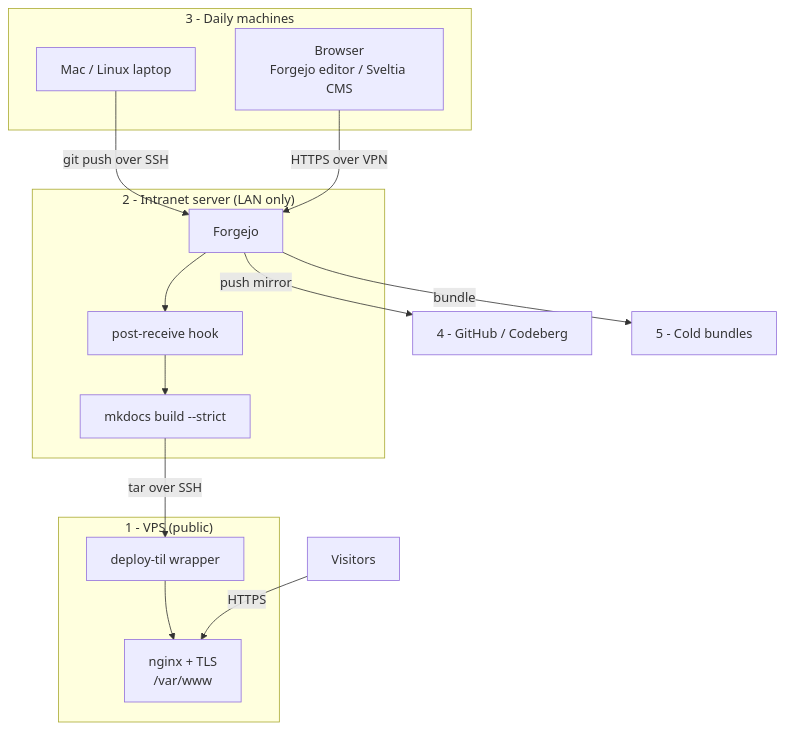
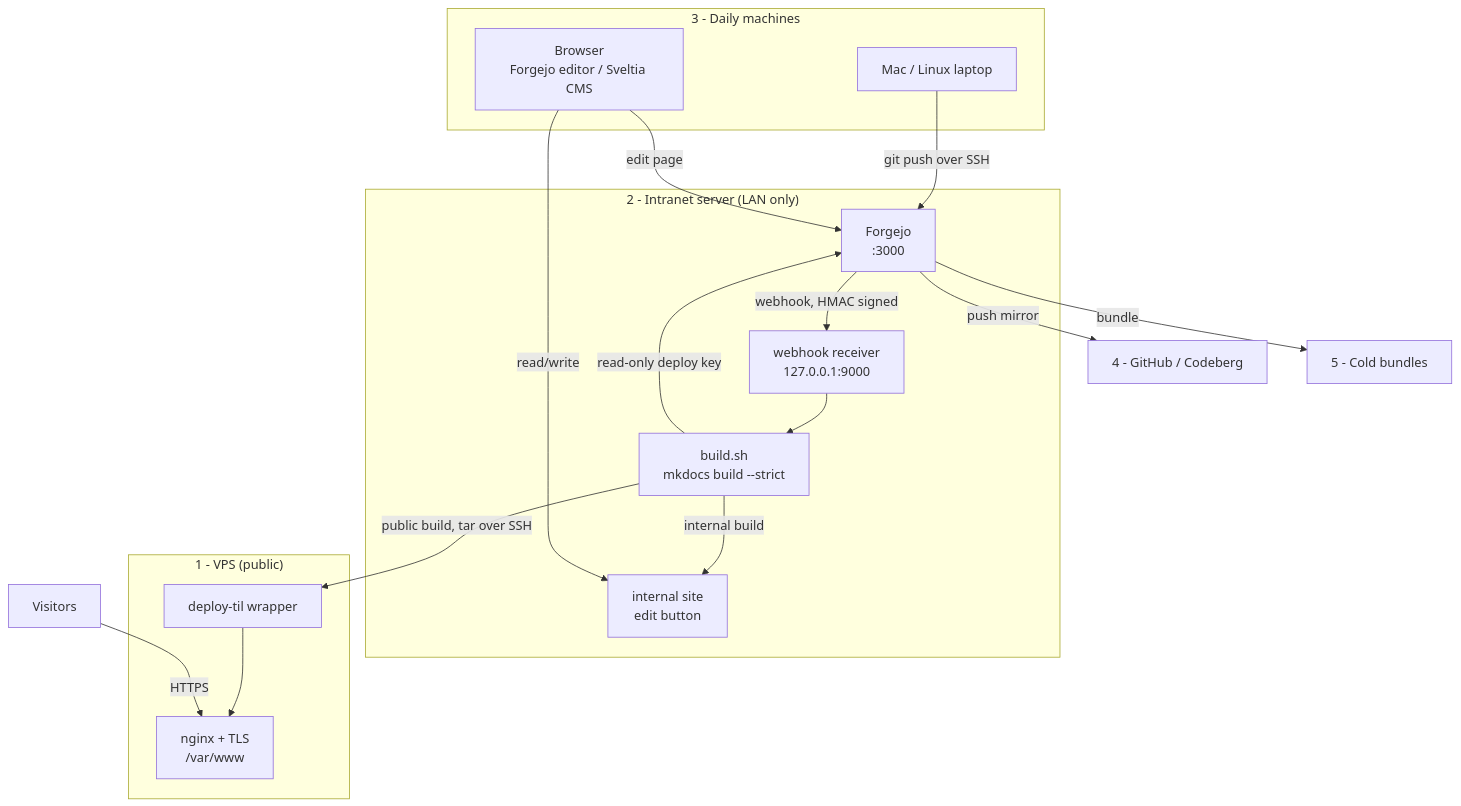
The diagram in docs/content/linux-infra/til_website_setup.md (asarangaram/docs.anandas.in), drawn with Mermaid before and after one commit. The commit also changed other lines of this file and 3 other files, not shown here.

````diff
--- a/docs/content/linux-infra/til_website_setup.md
+++ b/docs/content/linux-infra/til_website_setup.md
@@ -26,30 +26,35 @@
 ```mermaid
 graph TB
     subgraph daily["3 - Daily machines"]
         laptop["Mac / Linux laptop"]
         browser["Browser<br/>Forgejo editor / Sveltia CMS"]
     end
 
     subgraph lan["2 - Intranet server (LAN only)"]
-        forgejo["Forgejo"]
-        hook["post-receive hook"]
-        build["mkdocs build --strict"]
+        forgejo["Forgejo<br/>:3000"]
+        recv["webhook receiver<br/>127.0.0.1:9000"]
+        build["build.sh<br/>mkdocs build --strict"]
+        intsite["internal site<br/>edit button"]
     end
 
     subgraph vps["1 - VPS (public)"]
         deploysh["deploy-til wrapper"]
         web["nginx + TLS<br/>/var/www"]
     end
 
     remote["4 - GitHub / Codeberg"]
     cold["5 - Cold bundles"]
     visitor["Visitors"]
 
     laptop -- "git push over SSH" --> forgejo
-    browser -- "HTTPS over VPN" --> forgejo
-    forgejo --> hook --> build
-    build -- "tar over SSH" --> deploysh --> web
+    browser -- "edit page" --> forgejo
+    forgejo -- "webhook, HMAC signed" --> recv
+    recv --> build
+    build -- "internal build" --> intsite
+    build -- "public build, tar over SSH" --> deploysh --> web
+    build -- "read-only deploy key" --> forgejo
     forgejo -- "push mirror" --> remote
     forgejo -- "bundle" --> cold
+    browser -- "read/write" --> intsite
     visitor -- "HTTPS" --> web
 ```
````
